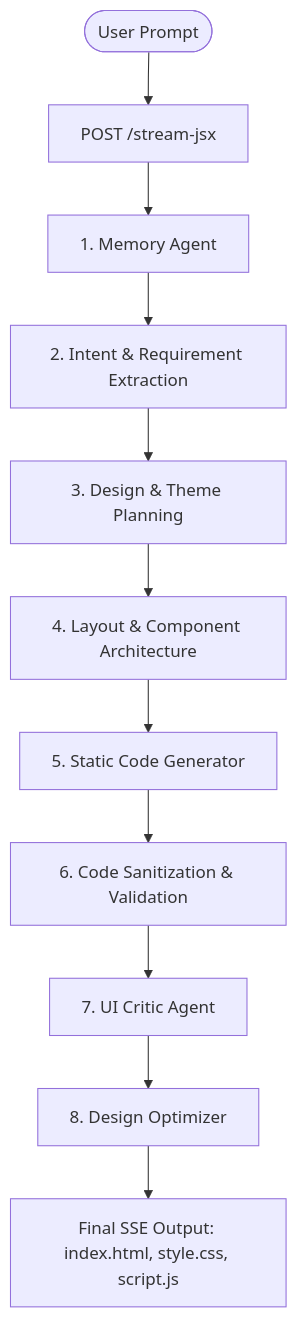
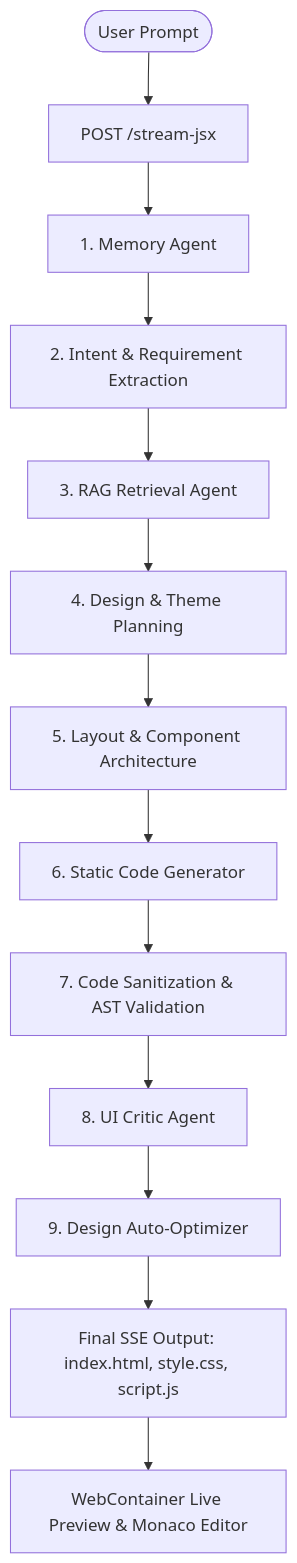
One commit to premwizard/Text-to-Design changed the diagram in README.md. Above: the diagram before and after it, drawn with Mermaid. The commit also changed other lines of this file, not shown here.

Commit message:
docs: update README with project rebranding, architecture expansion, and feature documentation

````diff
--- a/README.md
+++ b/README.md
@@ -24,13 +77,15 @@
 ```mermaid
 flowchart TD
     User([User Prompt]) --> SSEStream[POST /stream-jsx]
     SSEStream --> MemoryAgent[1. Memory Agent]
     MemoryAgent --> IntentDetector[2. Intent & Requirement Extraction]
-    IntentDetector --> DesignPlanner[3. Design & Theme Planning]
-    DesignPlanner --> LayoutPlanner[4. Layout & Component Architecture]
-    LayoutPlanner --> StaticGenerator[5. Static Code Generator]
-    StaticGenerator --> CodeSanitizer[6. Code Sanitization & Validation]
-    CodeSanitizer --> UICritic[7. UI Critic Agent]
-    UICritic --> Optimizer[8. Design Optimizer]
+    IntentDetector --> RAGAgent[3. RAG Retrieval Agent]
+    RAGAgent --> DesignPlanner[4. Design & Theme Planning]
+    DesignPlanner --> LayoutPlanner[5. Layout & Component Architecture]
+    LayoutPlanner --> StaticGenerator[6. Static Code Generator]
+    StaticGenerator --> CodeSanitizer[7. Code Sanitization & AST Validation]
+    CodeSanitizer --> UICritic[8. UI Critic Agent]
+    UICritic --> Optimizer[9. Design Auto-Optimizer]
     Optimizer --> FinalPayload[Final SSE Output: index.html, style.css, script.js]
+    FinalPayload --> WebContainer[WebContainer Live Preview & Monaco Editor]
 ```
````
